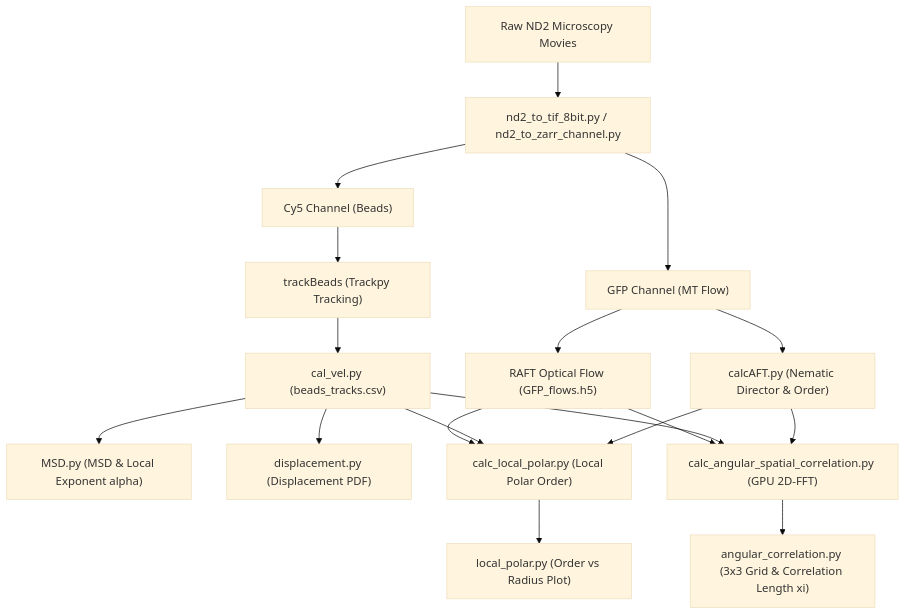
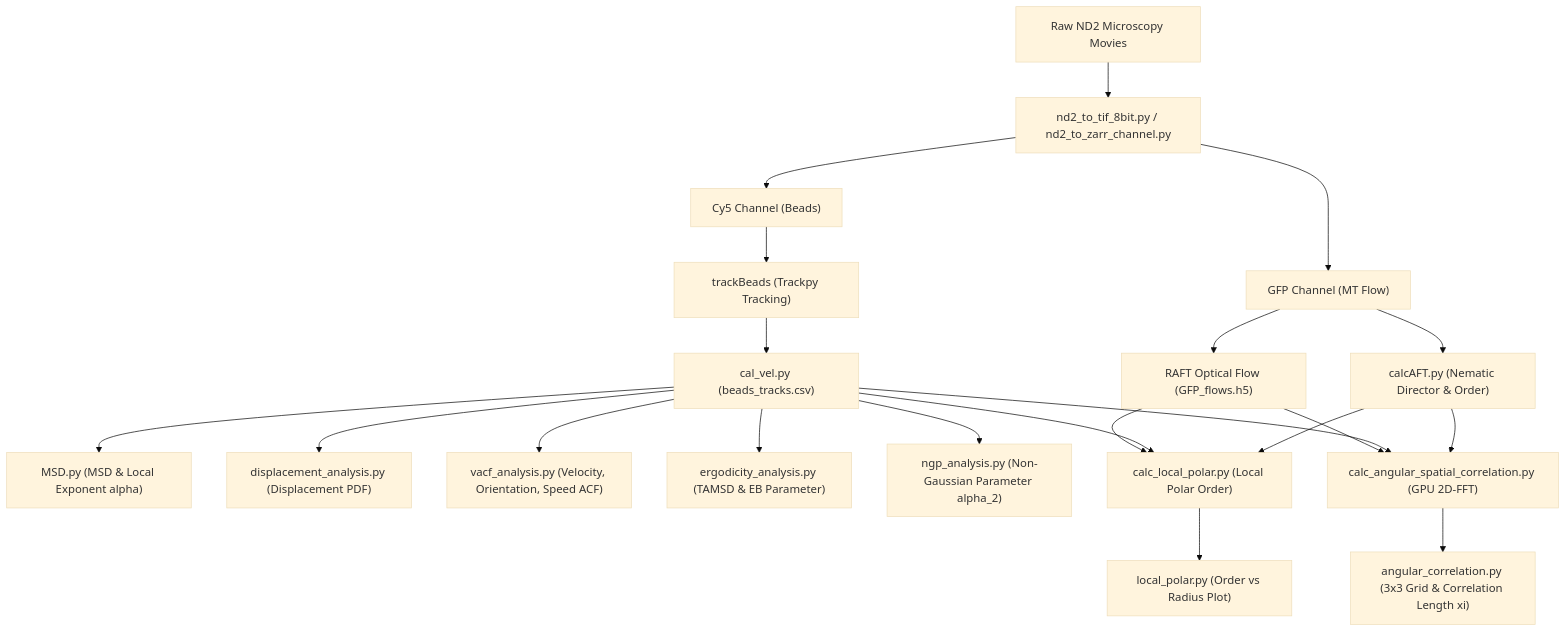
The diagram in README.md (wppppupr/MTCargo_analysis), drawn with Mermaid (base theme) before and after one commit. The commit also changed other lines of this file and 29 other files, not shown here.

Commit message:
feat: implement comprehensive cargo motility analysis suite including HMM, NGP, ergodicity, and correlation modules.

````diff
--- a/README.md
+++ b/README.md
@@ -23,21 +27,24 @@
 ```mermaid
 flowchart TD
     A["Raw ND2 Microscopy Movies"] --> B["nd2_to_tif_8bit.py / nd2_to_zarr_channel.py"]
     B --> C["GFP Channel (MT Flow)"]
     B --> D["Cy5 Channel (Beads)"]
     
     C --> E["calcAFT.py (Nematic Director & Order)"]
     C --> F["RAFT Optical Flow (GFP_flows.h5)"]
     
     D --> G["trackBeads (Trackpy Tracking)"]
     G --> H["cal_vel.py (beads_tracks.csv)"]
     
     H --> I["MSD.py (MSD & Local Exponent alpha)"]
-    H --> J["displacement.py (Displacement PDF)"]
+    H --> J["displacement_analysis.py (Displacement PDF)"]
+    H --> V["vacf_analysis.py (Velocity, Orientation, Speed ACF)"]
+    H --> EB["ergodicity_analysis.py (TAMSD & EB Parameter)"]
+    H --> NGP["ngp_analysis.py (Non-Gaussian Parameter alpha_2)"]
     
     F & H & E --> K["calc_local_polar.py (Local Polar Order)"]
     F & H & E --> L["calc_angular_spatial_correlation.py (GPU 2D-FFT)"]
     
     K --> M["local_polar.py (Order vs Radius Plot)"]
     L --> N["angular_correlation.py (3x3 Grid & Correlation Length xi)"]
 ```
````
